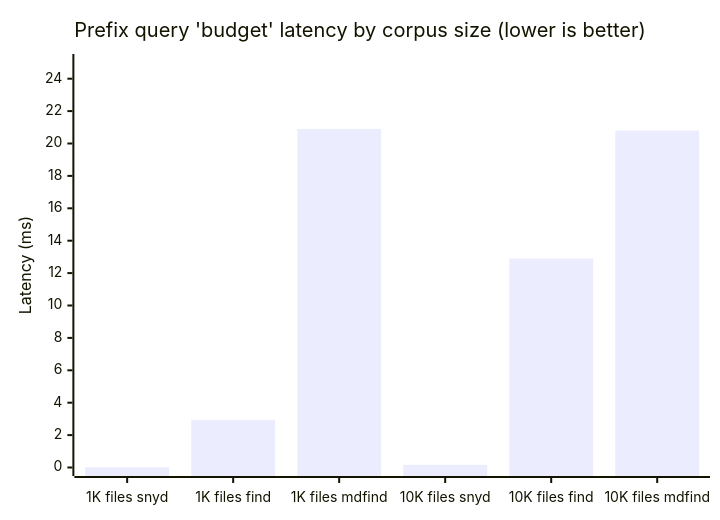
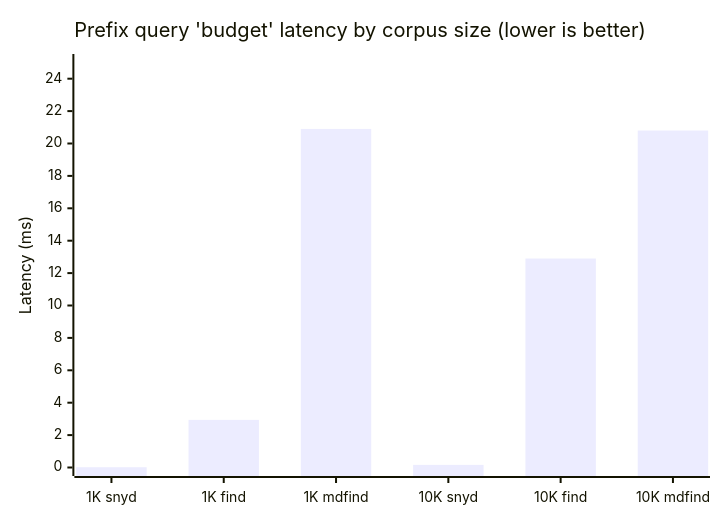
The fourth of 6 diagrams in README.md (williamcachamwri/snyd), drawn with Mermaid before and after one commit. The commit also changed other lines of this file, not shown here.

````diff
--- a/README.md
+++ b/README.md
@@ -123,7 +123,7 @@
 ```mermaid
 xychart-beta
     title "Prefix query 'budget' latency by corpus size (lower is better)"
-    x-axis ["1K files snyd", "1K files find", "1K files mdfind", "10K files snyd", "10K files find", "10K files mdfind"]
+    x-axis ["1K snyd", "1K find", "1K mdfind", "10K snyd", "10K find", "10K mdfind"]
     y-axis "Latency (ms)" 0 --> 25
     bar [0.017, 2.94, 20.9, 0.162, 12.9, 20.8]
 ```
````
